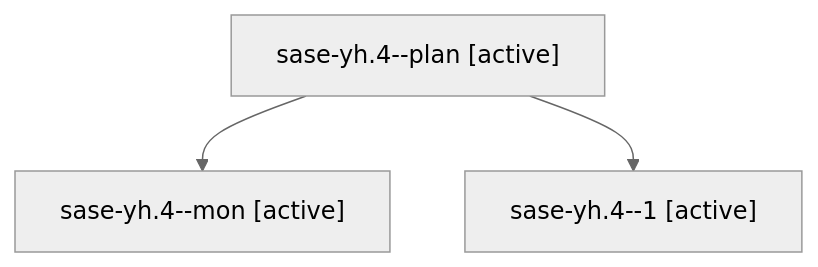
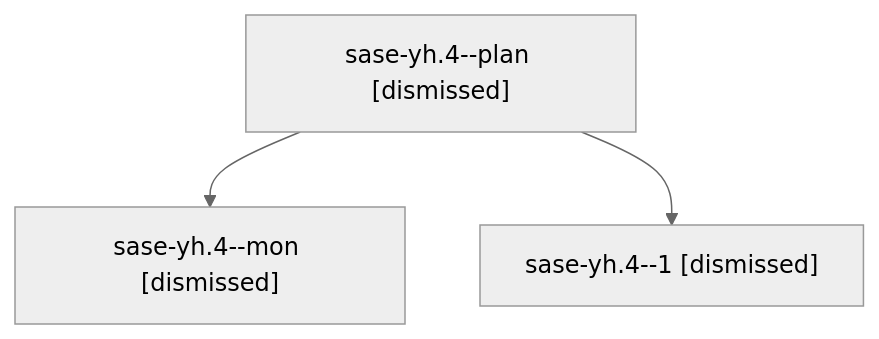
The diagram in sessions/bbugyi200.athena.sase-yh.4.md (sase-org/sase--agents), drawn with Mermaid (neutral theme) before and after one commit. The commit also changed other lines of this file and 141 other files, not shown here.

````diff
--- a/sessions/bbugyi200.athena.sase-yh.4.md
+++ b/sessions/bbugyi200.athena.sase-yh.4.md
@@ -9,8 +9,8 @@
 ```mermaid
 flowchart TD
-  n0["sase-yh.4--plan [active]"]
-  n1["sase-yh.4--mon [active]"]
+  n0["sase-yh.4--plan [dismissed]"]
+  n1["sase-yh.4--mon [dismissed]"]
   n0 --> n1
-  n2["sase-yh.4--1 [active]"]
+  n2["sase-yh.4--1 [dismissed]"]
   n0 --> n2
 ```
````
